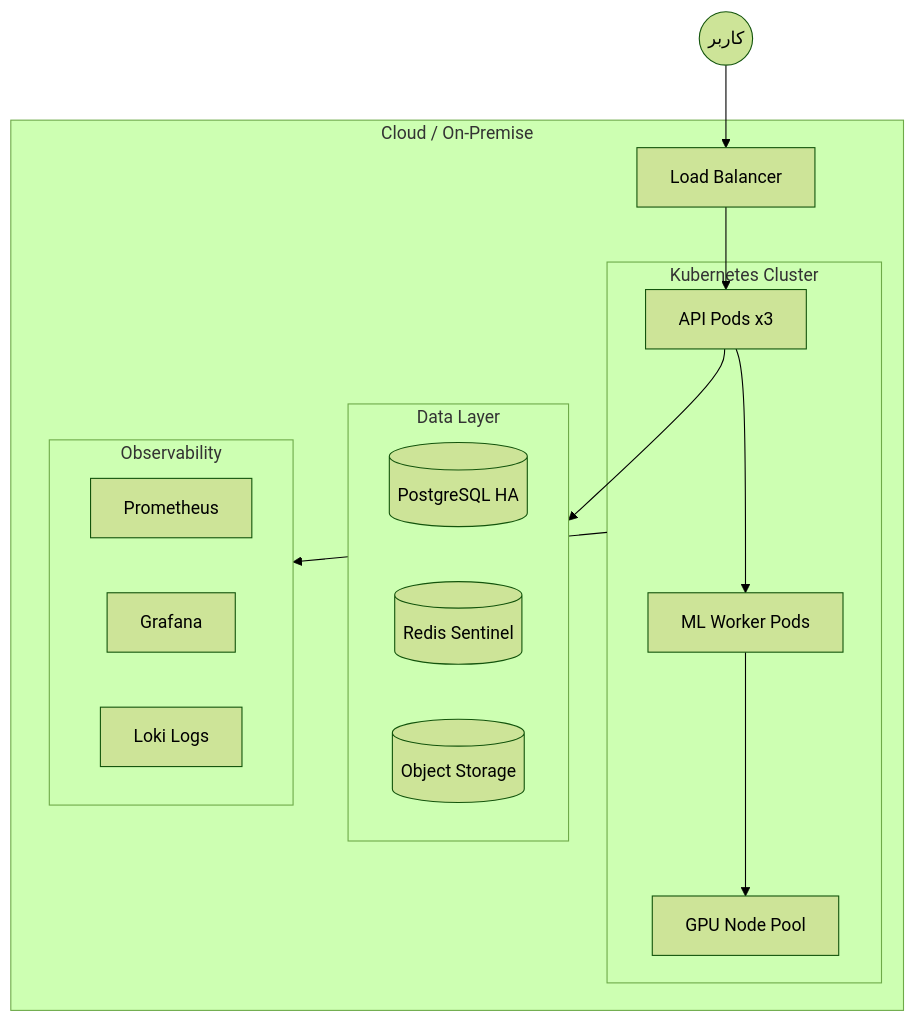
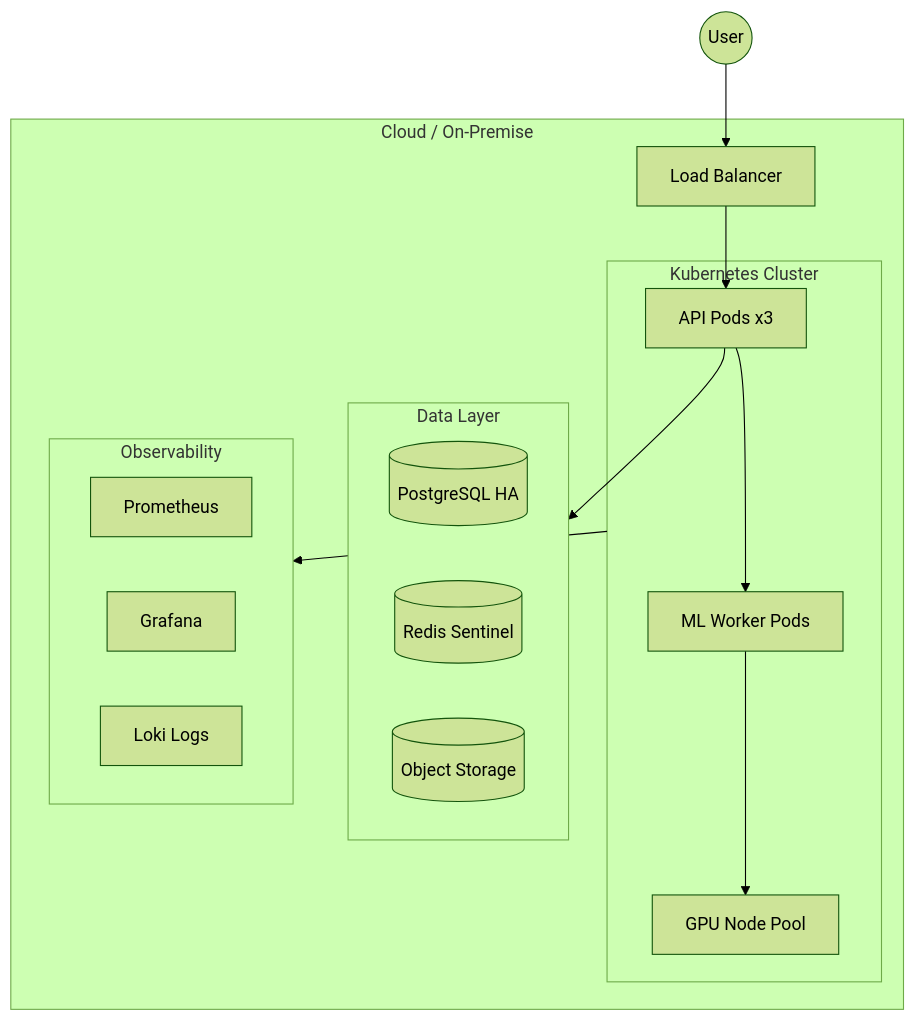
The tenth of 10 diagrams in docs/ARCHITECTURE.md (parsasohrab1/barekat-gen-therapy), drawn with Mermaid (forest theme) before and after one commit. The commit also changed other lines of this file and 21 other files, not shown here.

````diff
--- a/docs/ARCHITECTURE.md
+++ b/docs/ARCHITECTURE.md
@@ -637,31 +637,31 @@
 ```mermaid
 graph TB
     subgraph Cloud["Cloud / On-Premise"]
         LB[Load Balancer]
         
         subgraph K8s["Kubernetes Cluster"]
             API_Pods[API Pods x3]
             Worker_Pods[ML Worker Pods]
             GPU_Node[GPU Node Pool]
         end
         
         subgraph Data_Layer["Data Layer"]
             PG[(PostgreSQL HA)]
             Redis[(Redis Sentinel)]
             S3[(Object Storage)]
         end
         
         subgraph Observability["Observability"]
             Prom[Prometheus]
             Graf[Grafana]
             Loki[Loki Logs]
         end
     end
 
-  User((کاربر)) --> LB
+  User((User)) --> LB
     LB --> API_Pods
     API_Pods --> Worker_Pods
     Worker_Pods --> GPU_Node
     API_Pods --> Data_Layer
     K8s --> Observability
 ```
````
